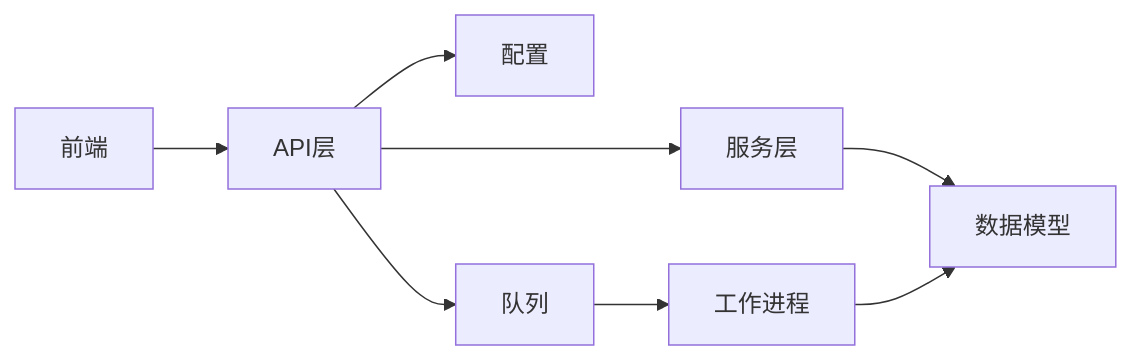
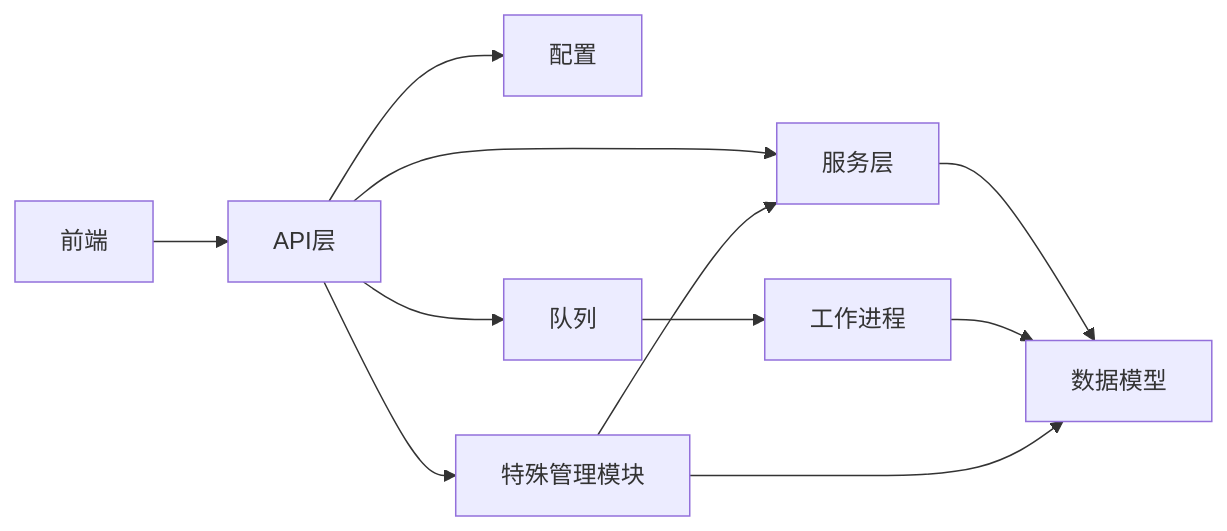
The seventh of 7 diagrams in .qoder/repowiki/zh/content/业务服务层/测试计划服务.md (vu1Art1st/talos), drawn with Mermaid before and after one commit. The commit also changed other lines of this file and 129 other files, not shown here.

````diff
--- a/.qoder/repowiki/zh/content/业务服务层/测试计划服务.md
+++ b/.qoder/repowiki/zh/content/业务服务层/测试计划服务.md
@@ -322,10 +390,13 @@
 ```mermaid
 graph LR
 FE["前端"] --> API["API层"]
 API --> SVC["服务层"]
 SVC --> MOD["数据模型"]
 API --> CFG["配置"]
 API --> Q["队列"]
 Q --> W["工作进程"]
 W --> MOD
+API --> SM["特殊管理模块"]
+SM --> SVC
+SM --> MOD
 ```
````
